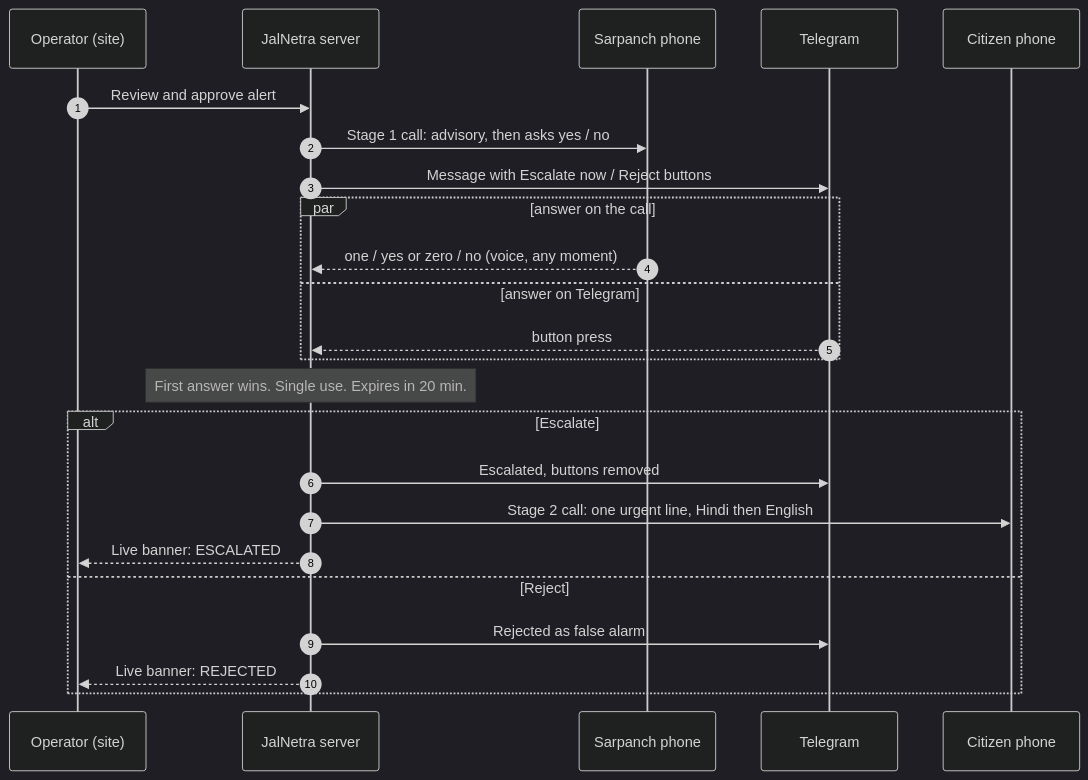
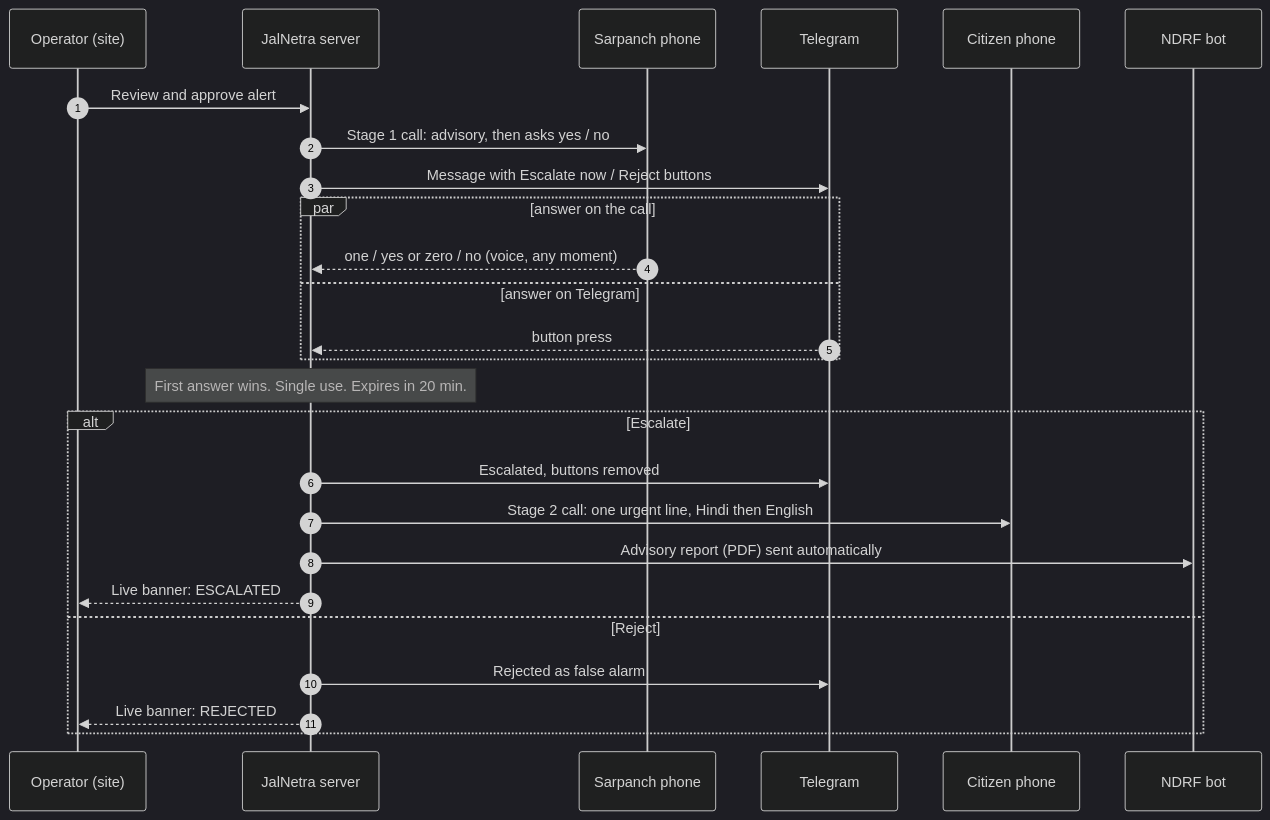
The fourth of 4 diagrams in README.md (Piyush5525/JalNetra), drawn with Mermaid (dark theme) before and after one commit. The commit also changed other lines of this file and 14 other files, not shown here.

Commit message:
NDRF advisory report with automatic routing, flood zone polygons, two-stage escalation, README

````diff
--- a/README.md
+++ b/README.md
@@ -223,26 +224,28 @@
 ```mermaid
 sequenceDiagram
   autonumber
   participant Op as Operator (site)
   participant S as JalNetra server
   participant Sa as Sarpanch phone
   participant T as Telegram
   participant C as Citizen phone
+  participant N as NDRF bot
   Op->>S: Review and approve alert
   S->>Sa: Stage 1 call: advisory, then asks yes / no
   S->>T: Message with Escalate now / Reject buttons
   par answer on the call
     Sa-->>S: one / yes or zero / no (voice, any moment)
   and answer on Telegram
     T-->>S: button press
   end
   Note over S: First answer wins. Single use. Expires in 20 min.
   alt Escalate
     S->>T: Escalated, buttons removed
     S->>C: Stage 2 call: one urgent line, Hindi then English
+    S->>N: Advisory report (PDF) sent automatically
     S-->>Op: Live banner: ESCALATED
   else Reject
     S->>T: Rejected as false alarm
     S-->>Op: Live banner: REJECTED
   end
 ```
````
